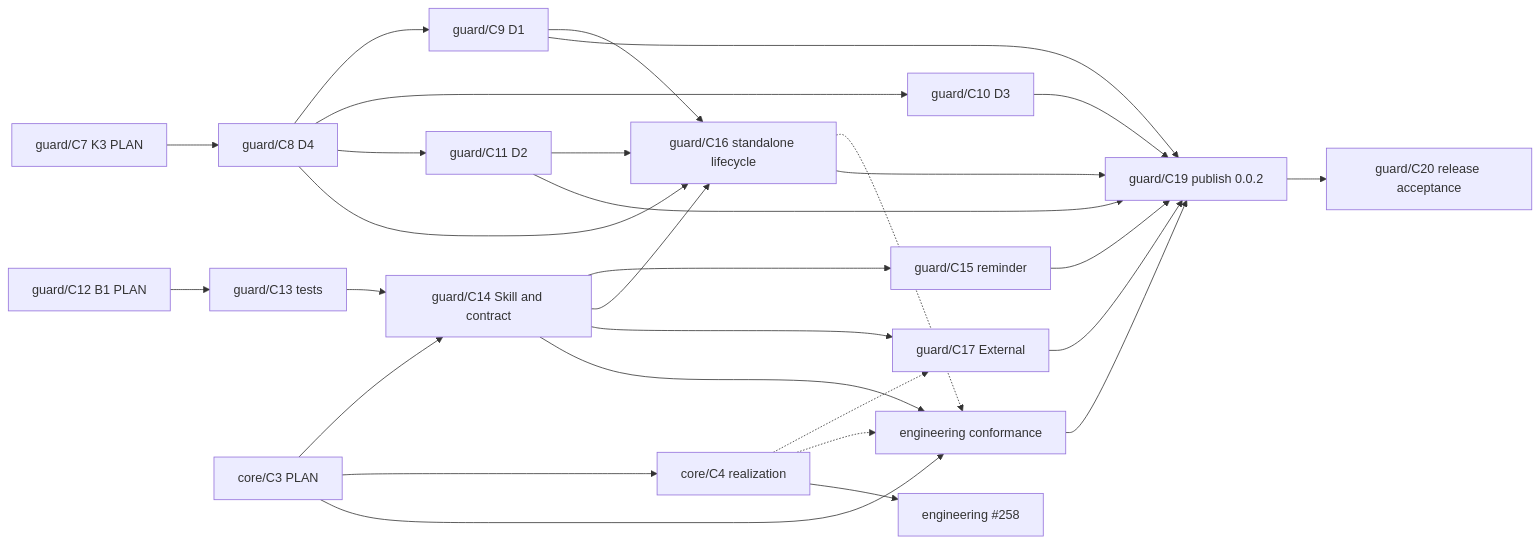
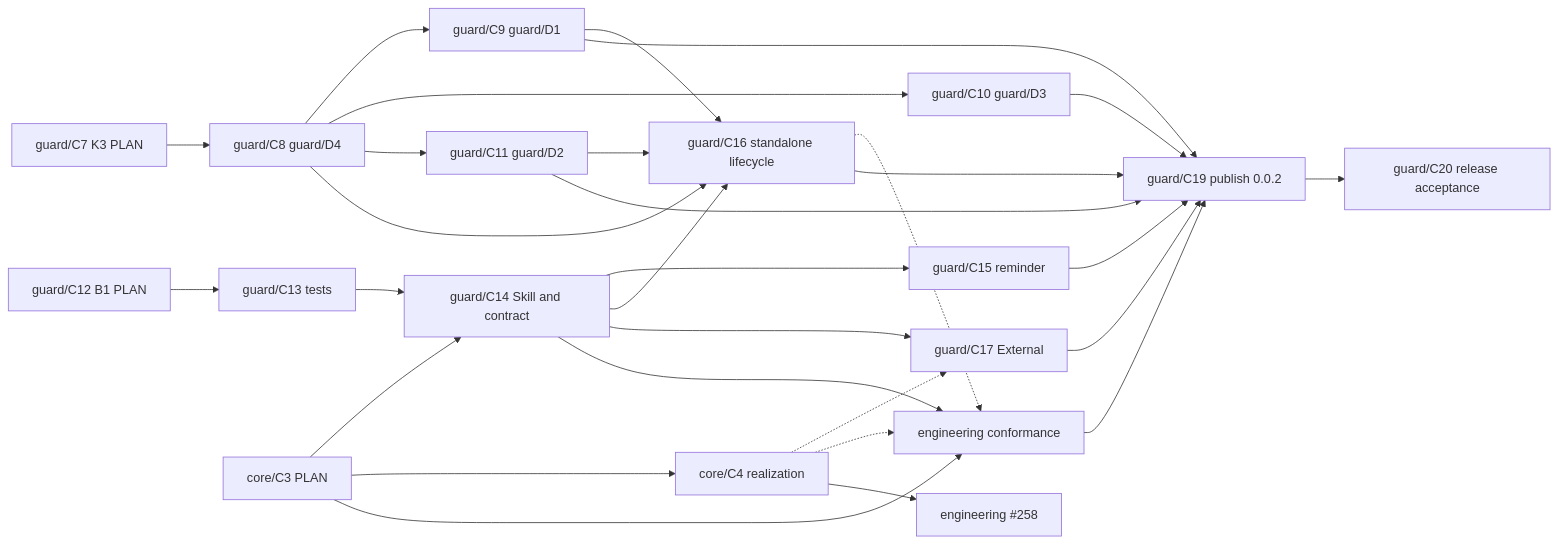
Before and after one commit to Kai-Hacks-AI/KAAL: the diagram in engineering/guard/change.md, drawn with Mermaid. The commit also changed other lines of this file and 7 other files, not shown here.

````diff
--- a/engineering/guard/change.md
+++ b/engineering/guard/change.md
@@ -124,31 +126,31 @@
 ```mermaid
 graph LR
-  C7[guard/C7 K3 PLAN] --> C8[guard/C8 D4]
-  C8 --> C9[guard/C9 D1]
-  C8 --> C10[guard/C10 D3]
-  C8 --> C11[guard/C11 D2]
+  C7[guard/C7 K3 PLAN] --> C8[guard/C8 guard/D4]
+  C8 --> C9[guard/C9 guard/D1]
+  C8 --> C10[guard/C10 guard/D3]
+  C8 --> C11[guard/C11 guard/D2]
   C12[guard/C12 B1 PLAN] --> C13[guard/C13 tests]
   C13 --> C14[guard/C14 Skill and contract]
   CP[core/C3 PLAN] --> C14
   C14 --> C15[guard/C15 reminder]
   C14 --> C16[guard/C16 standalone lifecycle]
   C8 --> C16
   C9 --> C16
   C11 --> C16
   C14 --> C17[guard/C17 External]
   CP --> CR[core/C4 realization]
   CR -.-> C17
   C14 --> EC[engineering conformance]
   CP --> EC
   C16 -.-> EC
   CR -.-> EC
   CR --> EA[engineering #258]
   C9 --> C19[guard/C19 publish 0.0.2]
   C10 --> C19
   C11 --> C19
   C15 --> C19
   C16 --> C19
   C17 --> C19
   EC --> C19
   C19 --> C20[guard/C20 release acceptance]
 ```
````
